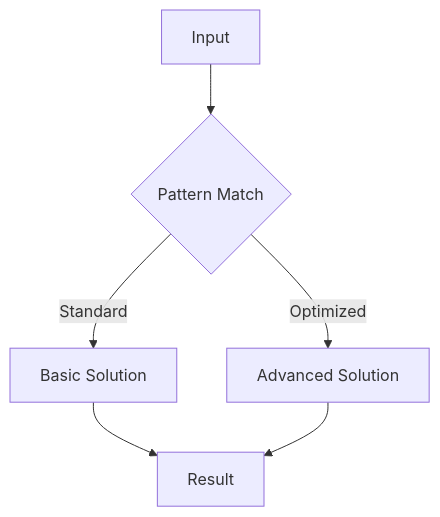
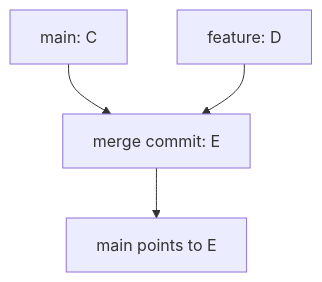
One commit to Raushan666java/ai-engineering-journey changed the fourth of 6 diagrams in docs/courses/ai-engineering-placement/04-git-linux-cli/02-git-branching.md. Above: the diagram before and after it, drawn with Mermaid. The commit also changed other lines of this file and 219 other files, not shown here.

````diff
--- a/docs/courses/ai-engineering-placement/04-git-linux-cli/02-git-branching.md
+++ b/docs/courses/ai-engineering-placement/04-git-linux-cli/02-git-branching.md
@@ -105,8 +141,6 @@
 ```mermaid
 flowchart TD
-    A[Input] --> B{Pattern Match}
-    B -->|Standard| C[Basic Solution]
-    B -->|Optimized| D[Advanced Solution]
-    C --> E[Result]
-    D --> E
+    A[main: C] --> C[merge commit: E]
+    B[feature: D] --> C
+    C --> F[main points to E]
 ```
````
